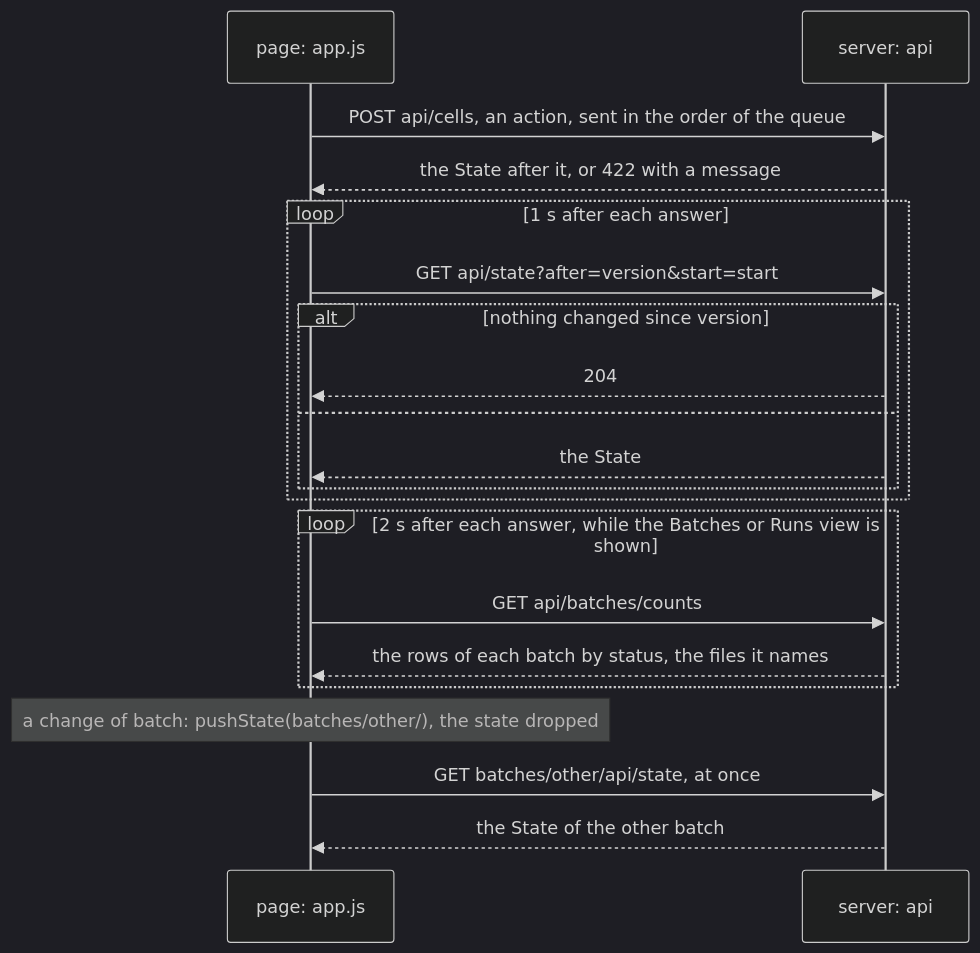
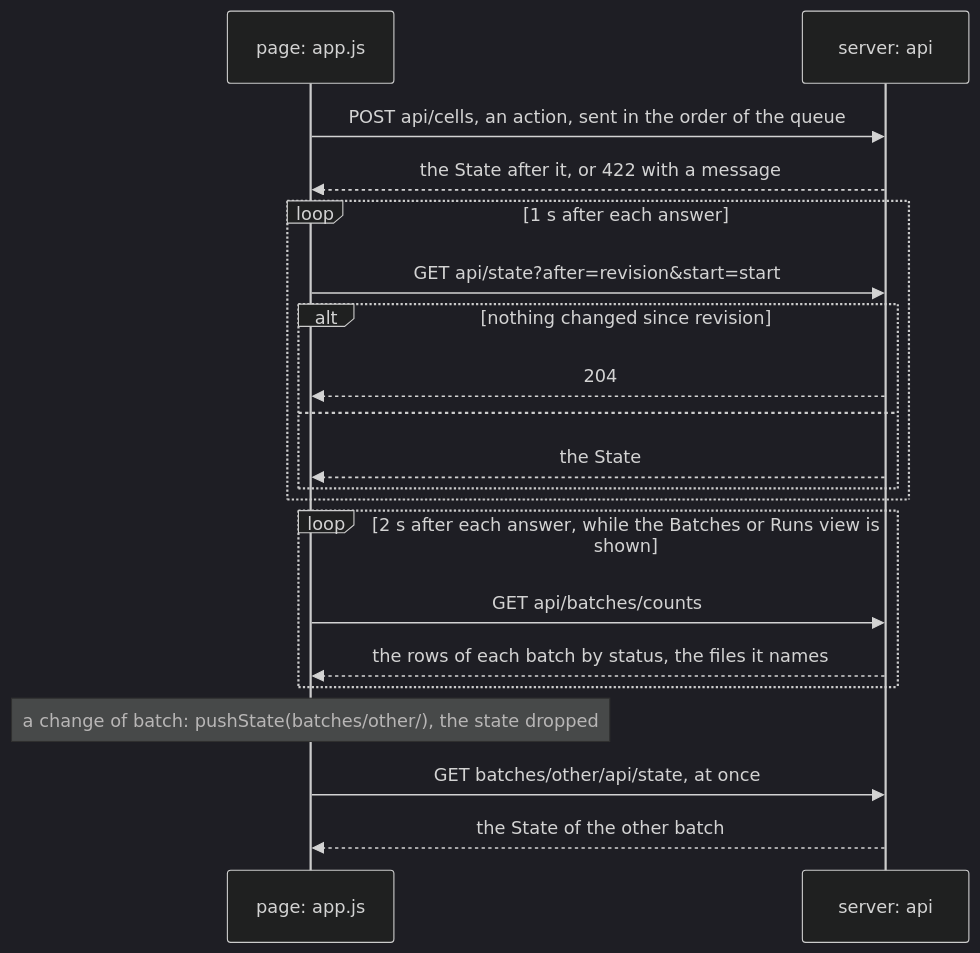
Before and after one commit to scipp/essapps: the third of 3 diagrams in packages/essbatch/src/ess/batch/web/README.md, drawn with Mermaid (dark theme). The commit also changed other lines of this file and 14 other files, not shown here.

First line of the commit message:
Rename the change counters named version to revision

````diff
--- a/packages/essbatch/src/ess/batch/web/README.md
+++ b/packages/essbatch/src/ess/batch/web/README.md
@@ -344,22 +344,22 @@
 ```mermaid
 sequenceDiagram
     participant page as page: app.js
     participant server as server: api
     page->>server: POST api/cells, an action, sent in the order of the queue
     server-->>page: the State after it, or 422 with a message
     loop 1 s after each answer
-        page->>server: GET api/state?after=version&start=start
-        alt nothing changed since version
+        page->>server: GET api/state?after=revision&start=start
+        alt nothing changed since revision
             server-->>page: 204
         else
             server-->>page: the State
         end
     end
     loop 2 s after each answer, while the Batches or Runs view is shown
         page->>server: GET api/batches/counts
         server-->>page: the rows of each batch by status, the files it names
     end
     Note over page: a change of batch: pushState(batches/other/), the state dropped
     page->>server: GET batches/other/api/state, at once
     server-->>page: the State of the other batch
 ```
````
